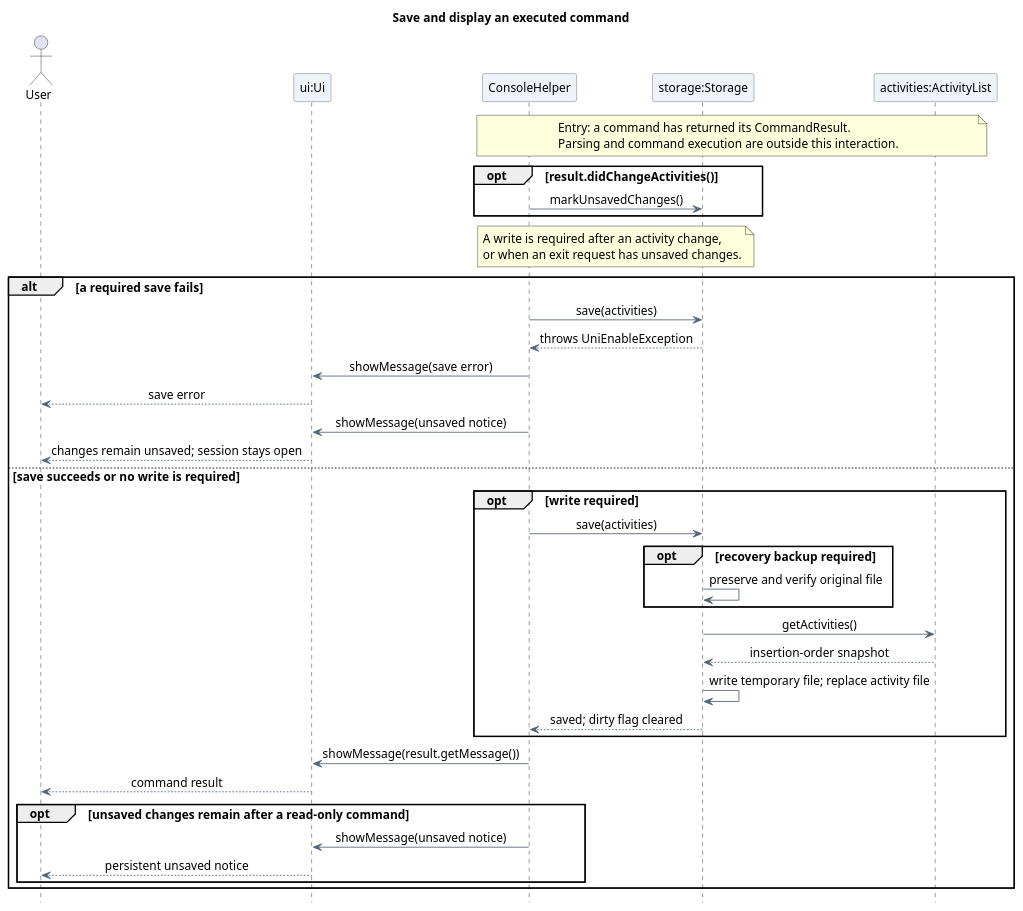
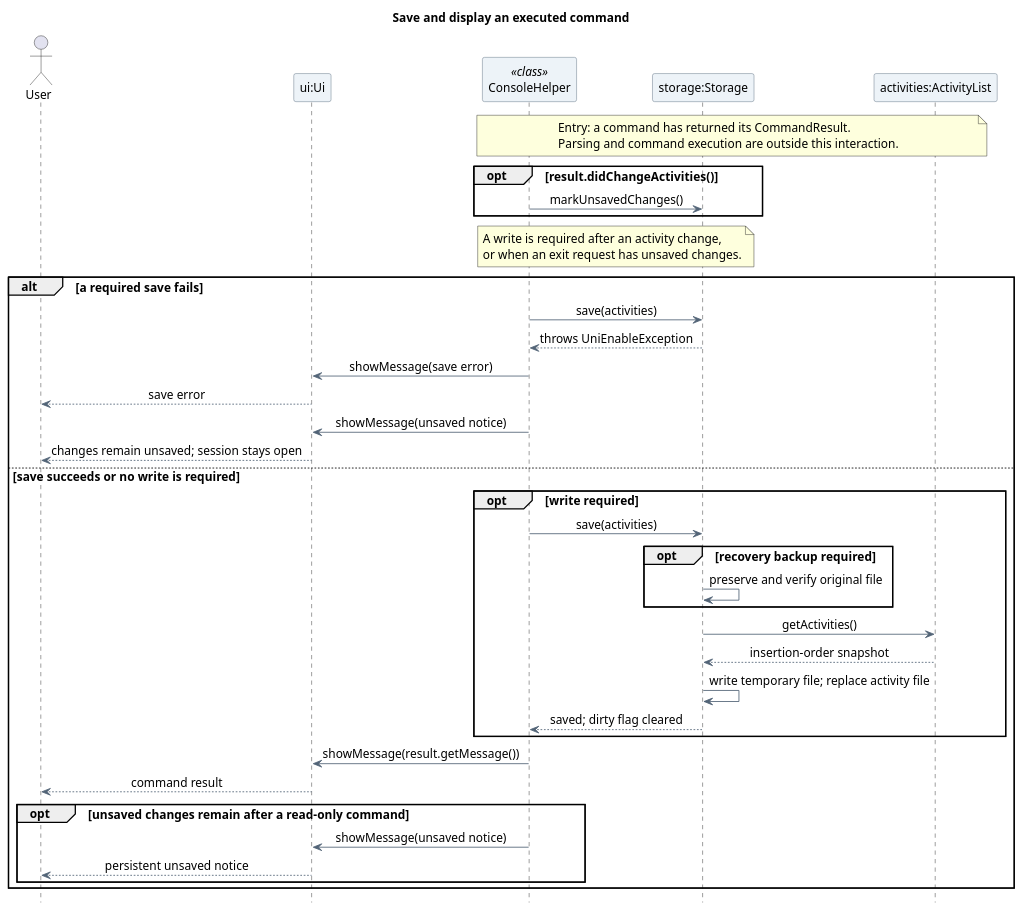
One commit to AY2627S1-CS2113-T10-4/tp changed the diagram in docs/diagrams/oliver/sequence/CompletionAndSaveSequence.puml. Above: the diagram before and after it, drawn with PlantUML. The commit also changed 37 other files, not shown here.

First line of the commit message:
docs(uml): distinguish static helpers from object lifelines

```diff
--- a/docs/diagrams/oliver/sequence/CompletionAndSaveSequence.puml
+++ b/docs/diagrams/oliver/sequence/CompletionAndSaveSequence.puml
@@ -2,55 +2,55 @@
 @startuml
 title Save and display an executed command
 skinparam backgroundColor white
 skinparam shadowing false
 skinparam defaultFontName SansSerif
 skinparam defaultFontSize 14
 skinparam ParticipantBackgroundColor #EDF3F8
 skinparam ParticipantBorderColor #526477
 skinparam ArrowColor #526477
 skinparam sequenceMessageAlign center
 hide footbox
 
 actor "User" as User
 participant "ui:Ui" as UI
-participant "ConsoleHelper" as Console
+participant "ConsoleHelper" as Console <<class>>
 participant "storage:Storage" as Storage
 participant "activities:ActivityList" as Activities
 
 note over Console, Activities
   Entry: a command has returned its CommandResult.
   Parsing and command execution are outside this interaction.
 end note
 opt result.didChangeActivities()
   Console -> Storage : markUnsavedChanges()
 end
 note over Console, Storage
   A write is required after an activity change,
   or when an exit request has unsaved changes.
 end note
 alt a required save fails
   Console -> Storage : save(activities)
   Storage --> Console : throws UniEnableException
   Console -> UI : showMessage(save error)
   UI --> User : save error
   Console -> UI : showMessage(unsaved notice)
   UI --> User : changes remain unsaved; session stays open
 else save succeeds or no write is required
   opt write required
     Console -> Storage : save(activities)
     opt recovery backup required
       Storage -> Storage : preserve and verify original file
     end
     Storage -> Activities : getActivities()
     Activities --> Storage : insertion-order snapshot
     Storage -> Storage : write temporary file; replace activity file
     Storage --> Console : saved; dirty flag cleared
   end
   Console -> UI : showMessage(result.getMessage())
   UI --> User : command result
   opt unsaved changes remain after a read-only command
     Console -> UI : showMessage(unsaved notice)
     UI --> User : persistent unsaved notice
   end
 end
 @enduml
```
